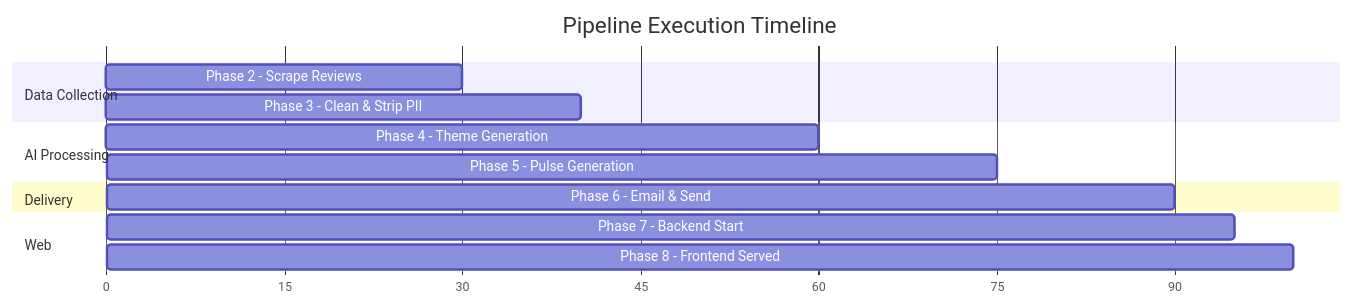
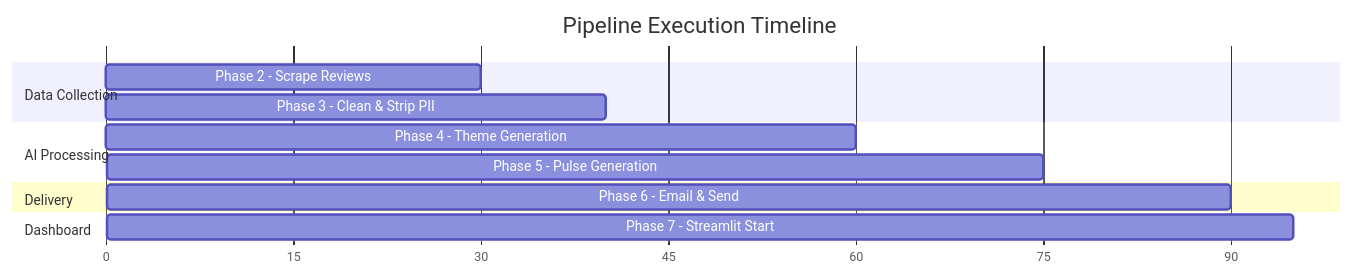
Before and after one commit to g3menon/WeeklyPulse_PlaystoreReviews: the fourth of 4 diagrams in architecture/architecture.md, drawn with Mermaid. The commit also changed other lines of this file and 21 other files, not shown here.

Commit message:
feat: Initialize project architecture with a phase-based structure, core configuration, and updated environment examples.

````diff
--- a/architecture/architecture.md
+++ b/architecture/architecture.md
@@ -751,21 +617,20 @@
 ```mermaid
 gantt
     title Pipeline Execution Timeline
     dateFormat X
     axisFormat %s
 
     section Data Collection
     Phase 2 - Scrape Reviews    :0, 30
     Phase 3 - Clean & Strip PII :30, 40
 
     section AI Processing
     Phase 4 - Theme Generation  :40, 60
     Phase 5 - Pulse Generation  :60, 75
 
     section Delivery
     Phase 6 - Email & Send      :75, 90
 
-    section Web
-    Phase 7 - Backend Start     :90, 95
-    Phase 8 - Frontend Served   :95, 100
+    section Dashboard
+    Phase 7 - Streamlit Start   :90, 95
 ```
````
